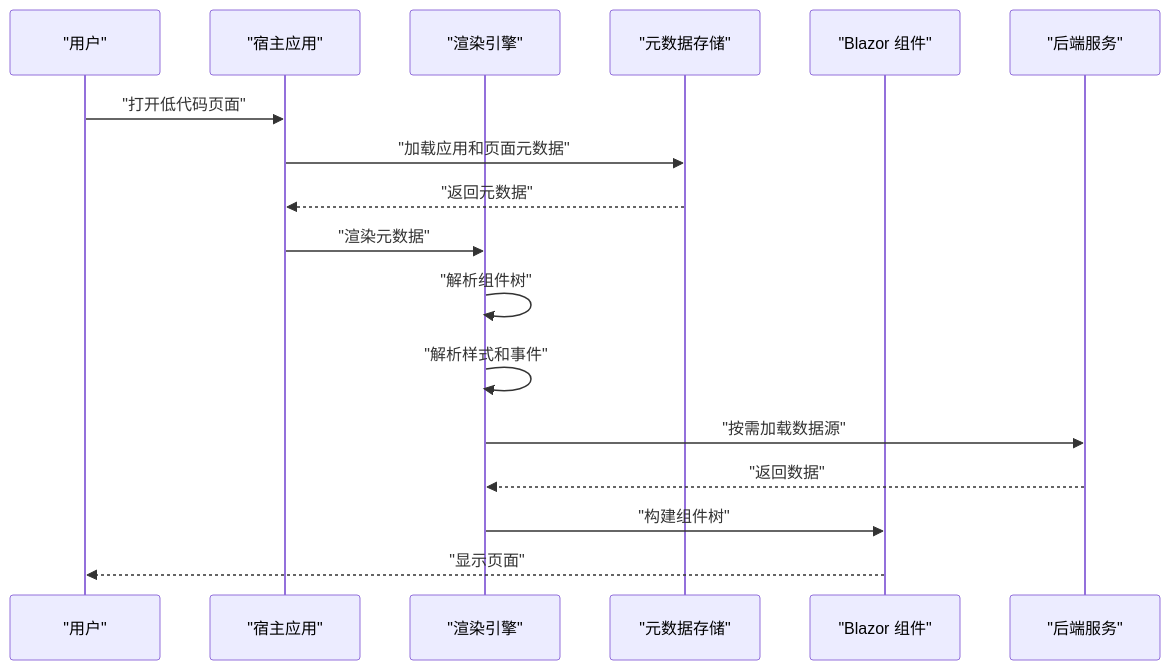
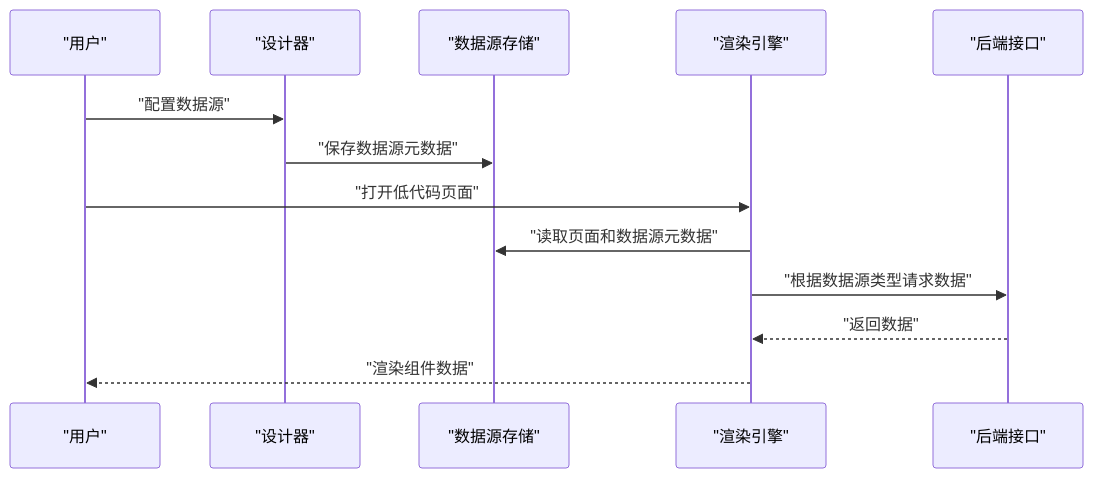
Before and after one commit to openlowcodelab/lowcode: the eighth of 10 diagrams in .qoder/repowiki/zh/content/低代码平台/低代码平台.md, drawn with Mermaid. The commit also changed other lines of this file and 223 other files, not shown here.

````diff
--- a/.qoder/repowiki/zh/content/低代码平台/低代码平台.md
+++ b/.qoder/repowiki/zh/content/低代码平台/低代码平台.md
@@ -396,20 +574,16 @@
 ```mermaid
 sequenceDiagram
     participant User as "用户"
-    participant Host as "宿主应用"
+    participant Designer as "设计器"
+    participant Store as "数据源存储"
     participant Renderer as "渲染引擎"
-    participant Repo as "元数据存储"
-    participant Component as "Blazor 组件"
-    participant Service as "后端服务"
+    participant Backend as "后端接口"
 
-    User->>Host: "打开低代码页面"
-    Host->>Repo: "加载应用和页面元数据"
-    Repo-->>Host: "返回元数据"
-    Host->>Renderer: "渲染元数据"
-    Renderer->>Renderer: "解析组件树"
-    Renderer->>Renderer: "解析样式和事件"
-    Renderer->>Service: "按需加载数据源"
-    Service-->>Renderer: "返回数据"
-    Renderer->>Component: "构建组件树"
-    Component-->>User: "显示页面"
+    User->>Designer: "配置数据源"
+    Designer->>Store: "保存数据源元数据"
+    User->>Renderer: "打开低代码页面"
+    Renderer->>Store: "读取页面和数据源元数据"
+    Renderer->>Backend: "根据数据源类型请求数据"
+    Backend-->>Renderer: "返回数据"
+    Renderer-->>User: "渲染组件数据"
 ```
````
